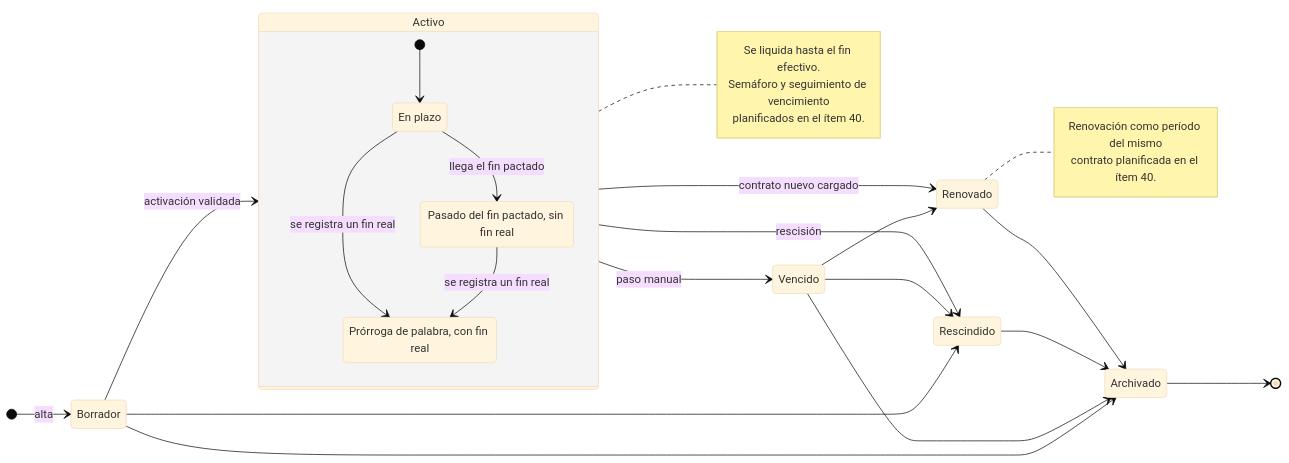
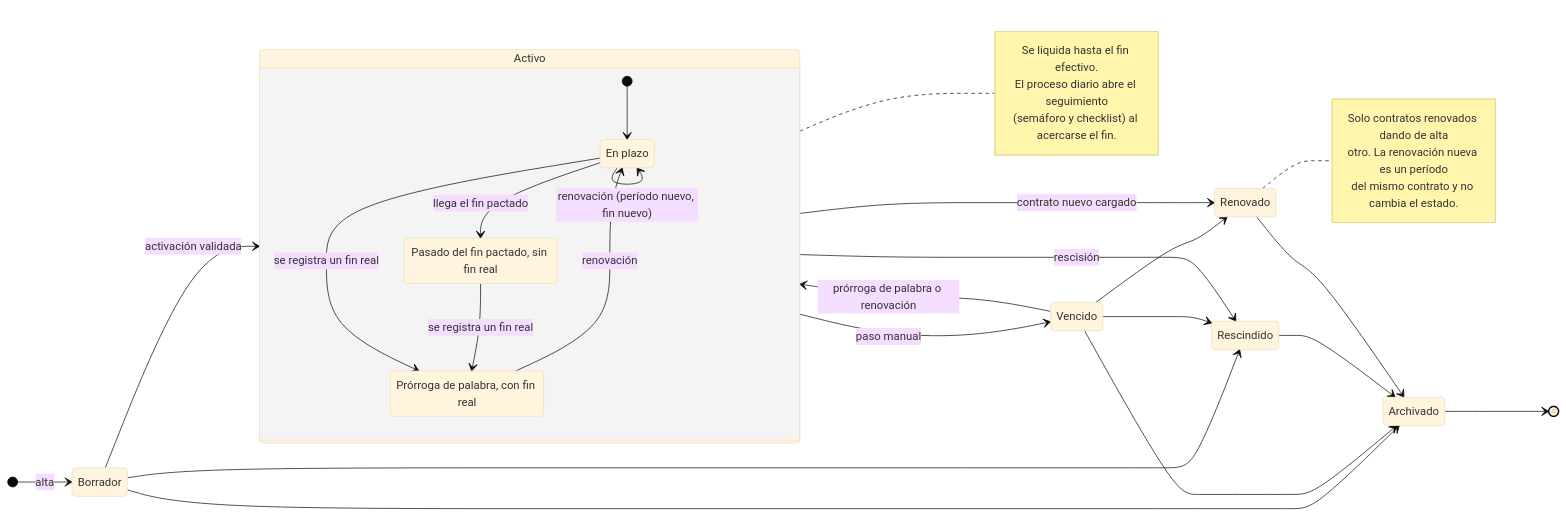
One commit to RomeV16/Proyecto-Final---Realfy changed the diagram in docs/tesis/02-criterios-aceptacion.md. Above: the diagram before and after it, drawn with Mermaid (base theme). The commit also changed other lines of this file and 8 other files, not shown here.

````diff
--- a/docs/tesis/02-criterios-aceptacion.md
+++ b/docs/tesis/02-criterios-aceptacion.md
@@ -46,38 +46,42 @@
 ```mermaid
 stateDiagram-v2
     direction LR
     [*] --> Borrador: alta
     Borrador --> Activo: activación validada
     Borrador --> Rescindido
     Borrador --> Archivado
     Activo --> Vencido: paso manual
     Activo --> Rescindido: rescisión
     Activo --> Renovado: contrato nuevo cargado
+    Vencido --> Activo: prórroga de palabra o renovación
     Vencido --> Renovado
     Vencido --> Rescindido
     Vencido --> Archivado
     Rescindido --> Archivado
     Renovado --> Archivado
     Archivado --> [*]
 
     state Activo {
         state "En plazo" as EnPlazo
         state "Pasado del fin pactado, sin fin real" as SinDecision
         state "Prórroga de palabra, con fin real" as Prorroga
         [*] --> EnPlazo
         EnPlazo --> SinDecision: llega el fin pactado
         EnPlazo --> Prorroga: se registra un fin real
         SinDecision --> Prorroga: se registra un fin real
+        EnPlazo --> EnPlazo: renovación (período nuevo, fin nuevo)
+        Prorroga --> EnPlazo: renovación
     }
 
     note right of Activo
         Se liquida hasta el fin efectivo.
-        Semáforo y seguimiento de vencimiento
-        planificados en el ítem 40.
+        El proceso diario abre el seguimiento
+        (semáforo y checklist) al acercarse el fin.
     end note
 
     note right of Renovado
-        Renovación como período del mismo
-        contrato planificada en el ítem 40.
+        Solo contratos renovados dando de alta
+        otro. La renovación nueva es un período
+        del mismo contrato y no cambia el estado.
     end note
 ```
````
